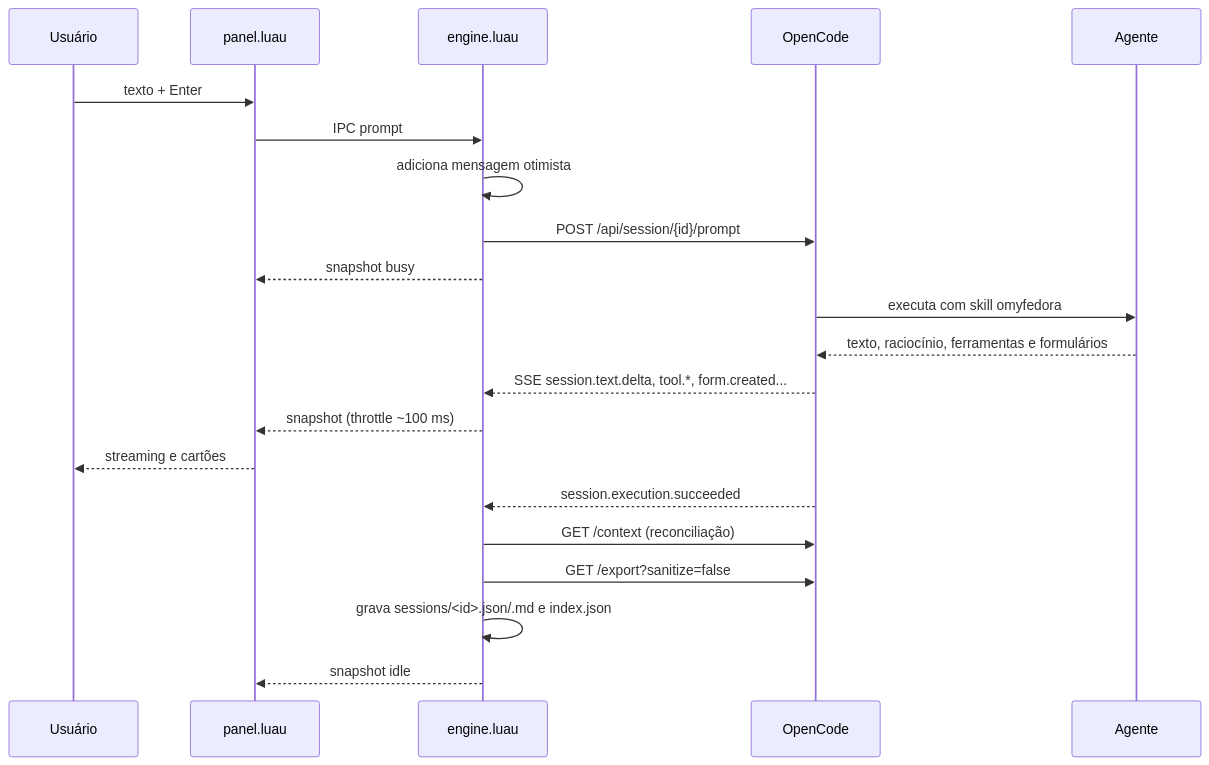
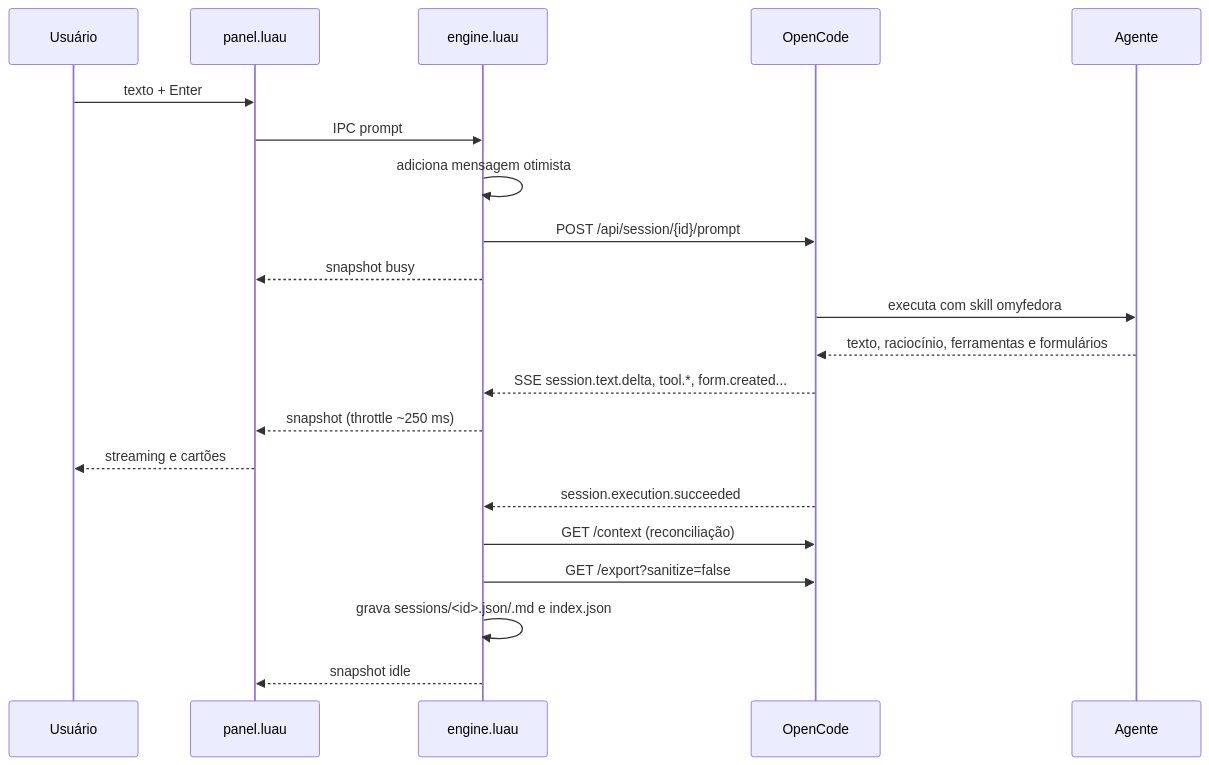
One commit to marcos2872/msbos-ai-chat changed the third of 4 diagrams in docs/arquitetura.md. Above: the diagram before and after it, drawn with Mermaid. The commit also changed other lines of this file and 8 other files, not shown here.

````diff
--- a/docs/arquitetura.md
+++ b/docs/arquitetura.md
@@ -104,24 +104,24 @@
 ```mermaid
 sequenceDiagram
     participant U as Usuário
     participant P as panel.luau
     participant E as engine.luau
     participant OC as OpenCode
     participant A as Agente
 
     U->>P: texto + Enter
     P->>E: IPC prompt
     E->>E: adiciona mensagem otimista
     E->>OC: POST /api/session/{id}/prompt
     E-->>P: snapshot busy
     OC->>A: executa com skill omyfedora
     A-->>OC: texto, raciocínio, ferramentas e formulários
     OC-->>E: SSE session.text.delta, tool.*, form.created...
-    E-->>P: snapshot (throttle ~100 ms)
+    E-->>P: snapshot (throttle ~250 ms)
     P-->>U: streaming e cartões
     OC-->>E: session.execution.succeeded
     E->>OC: GET /context (reconciliação)
     E->>OC: GET /export?sanitize=false
     E->>E: grava sessions/<id>.json/.md e index.json
     E-->>P: snapshot idle
 ```
````
